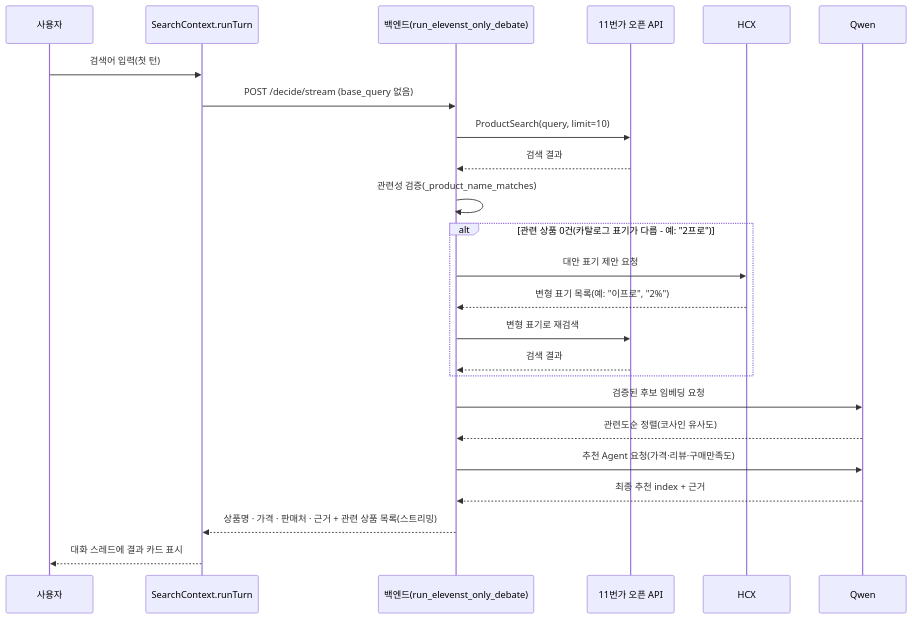
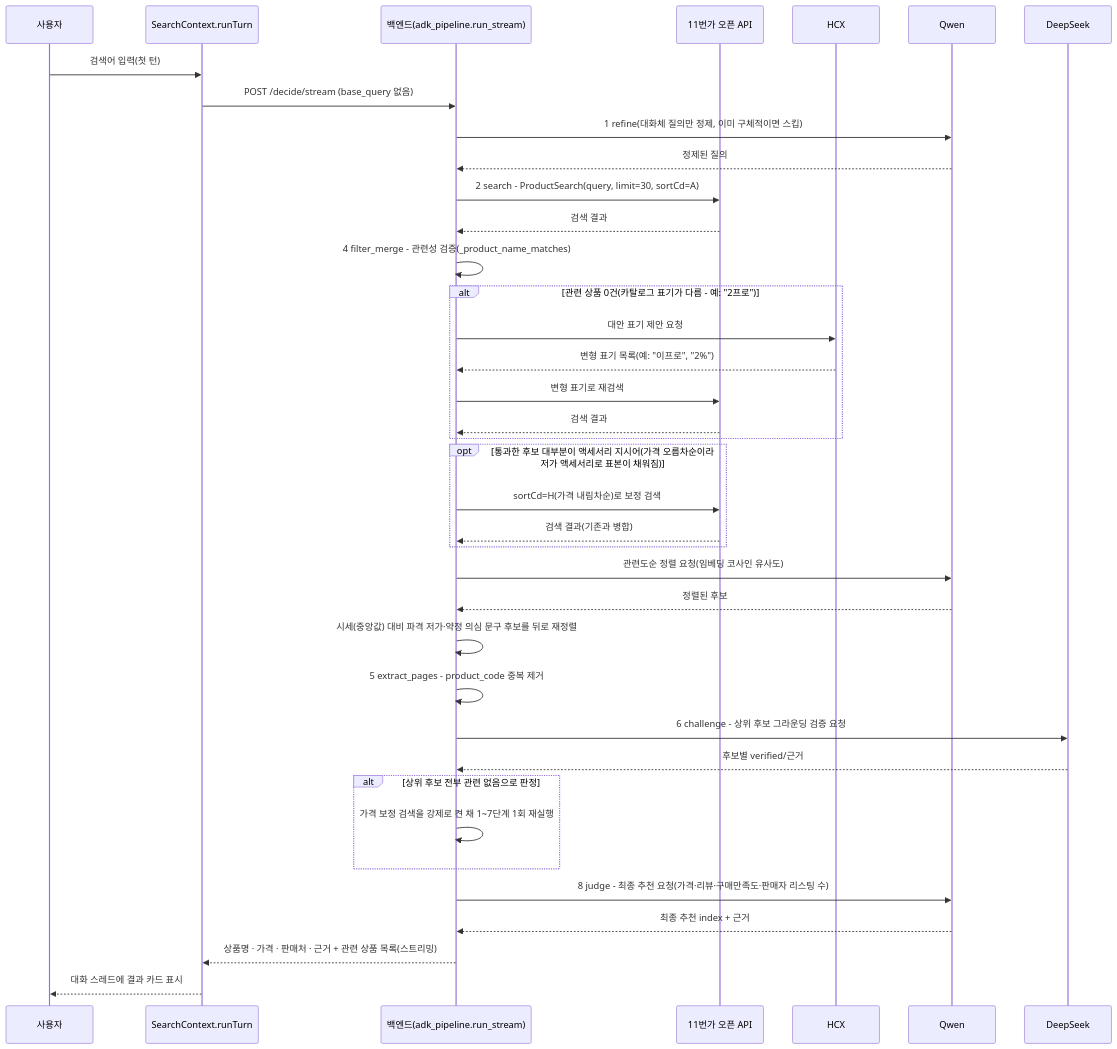
The second of 2 diagrams in README.md (Alpha-pick00/Prototype1), drawn with Mermaid before and after one commit. The commit also changed other lines of this file and 11 other files, not shown here.

First line of the commit message:
신뢰 신호 기반 의심 후보 후순위화 + facet 관련성 가드 수정, README를 ADK 8단계 파이프라인 기준으로 갱신

````diff
--- a/README.md
+++ b/README.md
@@ -287,27 +312,41 @@
 ```mermaid
 sequenceDiagram
     participant U as 사용자
     participant CTX as SearchContext.runTurn
-    participant B as 백엔드(run_elevenst_only_debate)
+    participant B as 백엔드(adk_pipeline.run_stream)
     participant E as 11번가 오픈 API
     participant H as HCX
     participant Q as Qwen
+    participant D as DeepSeek
 
     U->>CTX: 검색어 입력(첫 턴)
     CTX->>B: POST /decide/stream (base_query 없음)
-    B->>E: ProductSearch(query, limit=10)
+    B->>Q: 1 refine(대화체 질의만 정제, 이미 구체적이면 스킵)
+    Q-->>B: 정제된 질의
+    B->>E: 2 search - ProductSearch(query, limit=30, sortCd=A)
     E-->>B: 검색 결과
-    B->>B: 관련성 검증(_product_name_matches)
+    B->>B: 4 filter_merge - 관련성 검증(_product_name_matches)
     alt 관련 상품 0건(카탈로그 표기가 다름 - 예: "2프로")
         B->>H: 대안 표기 제안 요청
         H-->>B: 변형 표기 목록(예: "이프로", "2%")
         B->>E: 변형 표기로 재검색
         E-->>B: 검색 결과
     end
-    B->>Q: 검증된 후보 임베딩 요청
-    Q-->>B: 관련도순 정렬(코사인 유사도)
-    B->>Q: 추천 Agent 요청(가격·리뷰·구매만족도)
+    opt 통과한 후보 대부분이 액세서리 지시어(가격 오름차순이라 저가 액세서리로 표본이 채워짐)
+        B->>E: sortCd=H(가격 내림차순)로 보정 검색
+        E-->>B: 검색 결과(기존과 병합)
+    end
+    B->>Q: 관련도순 정렬 요청(임베딩 코사인 유사도)
+    Q-->>B: 정렬된 후보
+    B->>B: 시세(중앙값) 대비 파격 저가·약정 의심 문구 후보를 뒤로 재정렬
+    B->>B: 5 extract_pages - product_code 중복 제거
+    B->>D: 6 challenge - 상위 후보 그라운딩 검증 요청
+    D-->>B: 후보별 verified/근거
+    alt 상위 후보 전부 관련 없음으로 판정
+        B->>B: 가격 보정 검색을 강제로 켠 채 1~7단계 1회 재실행
+    end
+    B->>Q: 8 judge - 최종 추천 요청(가격·리뷰·구매만족도·판매자 리스팅 수)
     Q-->>B: 최종 추천 index + 근거
     B-->>CTX: 상품명 · 가격 · 판매처 · 근거 + 관련 상품 목록(스트리밍)
     CTX-->>U: 대화 스레드에 결과 카드 표시
 ```
````
